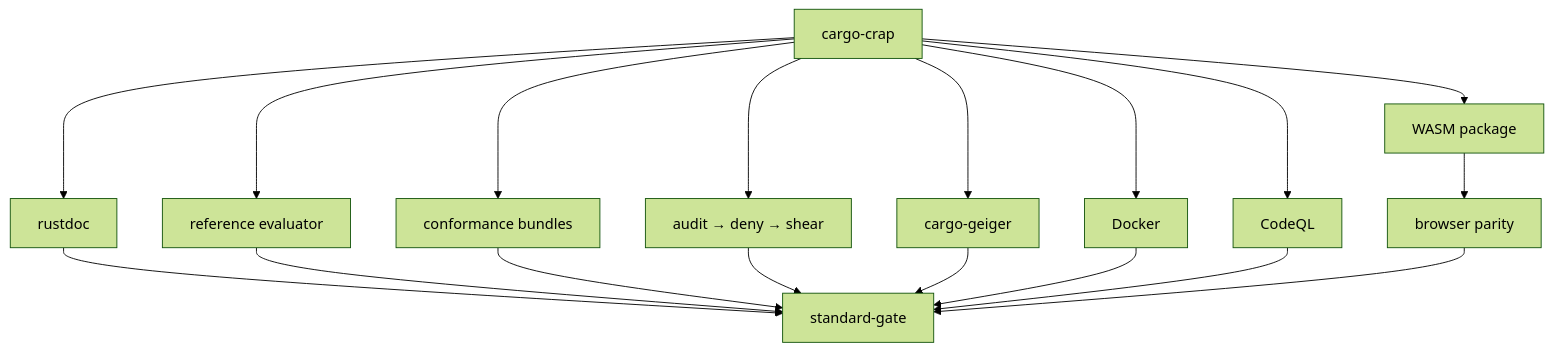
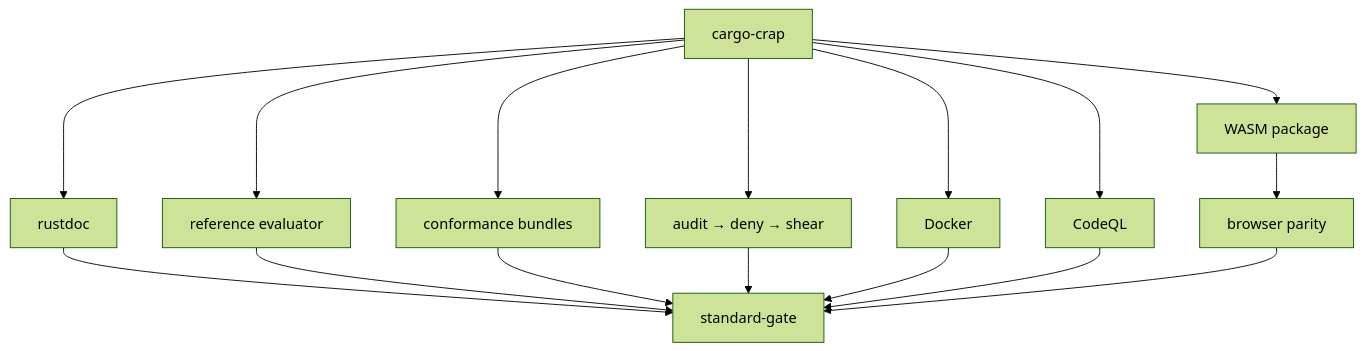
The eighth of 14 diagrams in CONTRIBUTING.md (arceushui/pigloros), drawn with Mermaid (forest theme) before and after one commit. The commit also changed 4 other files, not shown here.

First line of the commit message:
[canary] Drop redundant cargo-geiger job and fmt component download

````diff
--- a/CONTRIBUTING.md
+++ b/CONTRIBUTING.md
@@ -241,20 +241,18 @@
 ```mermaid
 flowchart TD
     CR["cargo-crap"] --> D["rustdoc"]
     CR --> E["reference evaluator"]
     CR --> B["conformance bundles"]
     CR --> P["audit → deny → shear"]
-    CR --> U["cargo-geiger"]
     CR --> X["Docker"]
     CR --> W["WASM package"]
     CR --> Q["CodeQL"]
     W --> BP["browser parity"]
     D --> G["standard-gate"]
     E --> G
     B --> G
     P --> G
-    U --> G
     X --> G
     Q --> G
     BP --> G
 ```
````
